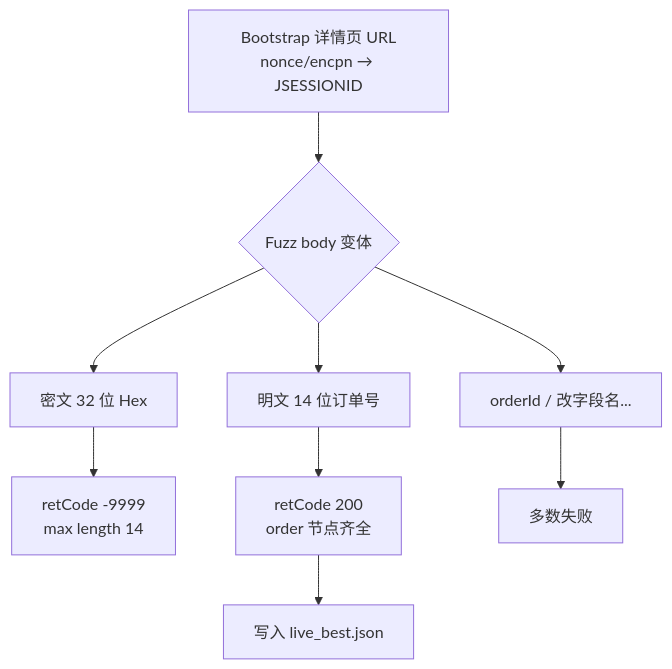
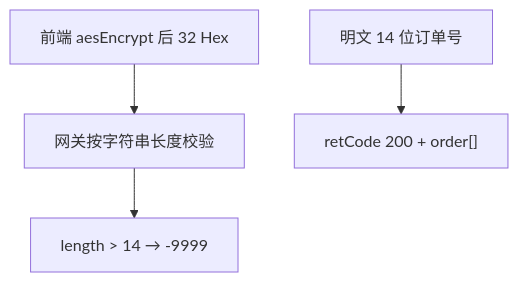
Before and after one commit to fjh1997/cat: the fourth of 6 diagrams in content/posts/PC微信小程序浙江移动宽带订单详情白屏排查：AES作用域、订单号长度14与SeaJS空模块.md, drawn with Mermaid. The commit also changed other lines of this file, not shown here.

````diff
--- a/content/posts/PC微信小程序浙江移动宽带订单详情白屏排查：AES作用域、订单号长度14与SeaJS空模块.md
+++ b/content/posts/PC微信小程序浙江移动宽带订单详情白屏排查：AES作用域、订单号长度14与SeaJS空模块.md
@@ -257,11 +139,6 @@
 ```mermaid
 flowchart TB
-  S[Bootstrap 详情页 URL<br/>nonce/encpn → JSESSIONID] --> F{Fuzz body 变体}
-  F --> A[密文 32 位 Hex]
-  F --> B[明文 14 位订单号]
-  F --> C[orderId / 改字段名...]
-  A --> R1["retCode -9999<br/>max length 14"]
-  B --> R2["retCode 200<br/>order 节点齐全"]
-  C --> R3[多数失败]
-  R2 --> OK[写入 live_best.json]
+  A[前端 aesEncrypt 后 32 Hex] --> B[网关按字符串长度校验]
+  B --> C["length > 14 → -9999"]
+  D[明文 14 位订单号] --> E["retCode 200 + order[]"]
 ```
````
